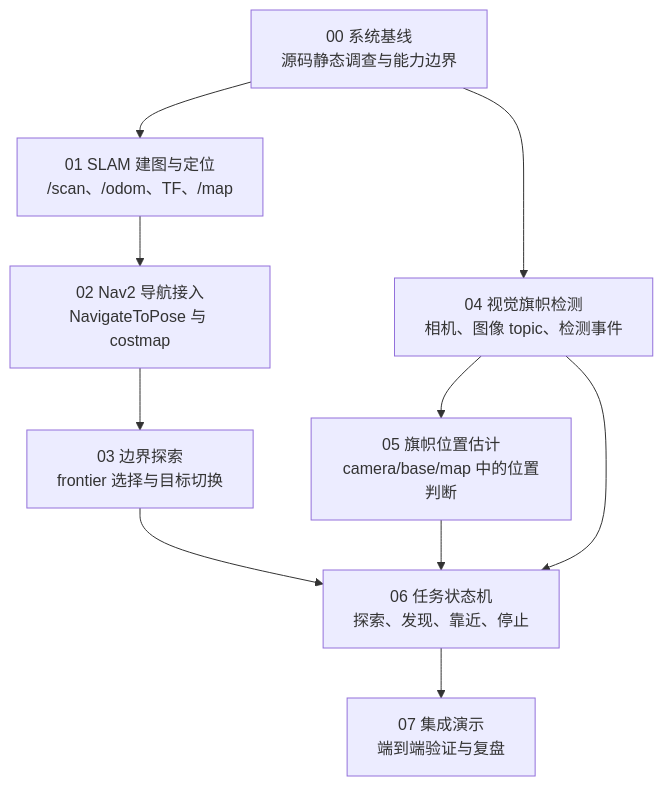
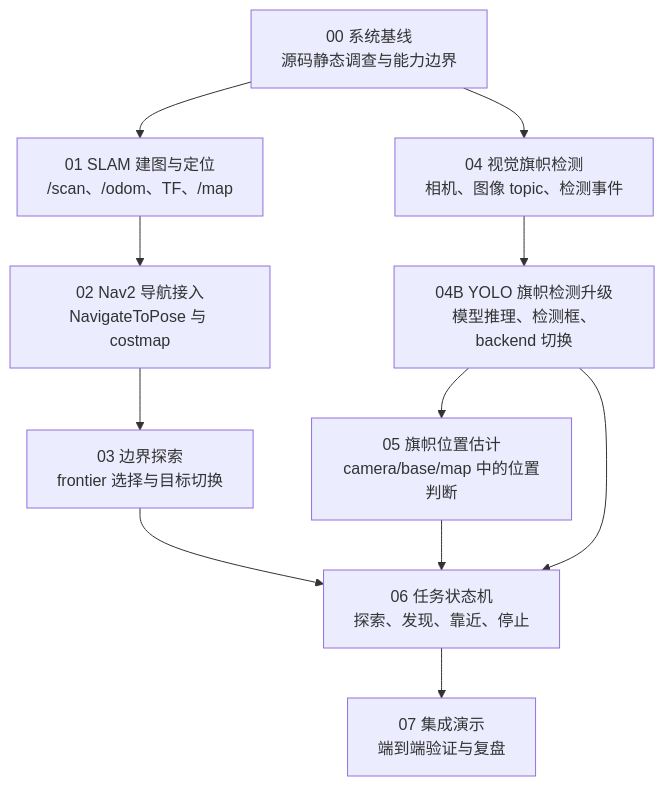
Before and after one commit to JeseKi/KiBotTwo: the diagram in docs/embodied-ai-roadmap/index.md, drawn with Mermaid. The commit also changed other lines of this file and 28 other files, not shown here.

````diff
--- a/docs/embodied-ai-roadmap/index.md
+++ b/docs/embodied-ai-roadmap/index.md
@@ -47,15 +53,16 @@
 ```mermaid
 flowchart TD
   P00["00 系统基线<br/>源码静态调查与能力边界"]
   P01["01 SLAM 建图与定位<br/>/scan、/odom、TF、/map"]
   P02["02 Nav2 导航接入<br/>NavigateToPose 与 costmap"]
   P03["03 边界探索<br/>frontier 选择与目标切换"]
   P04["04 视觉旗帜检测<br/>相机、图像 topic、检测事件"]
+  P04B["04B YOLO 旗帜检测升级<br/>模型推理、检测框、backend 切换"]
   P05["05 旗帜位置估计<br/>camera/base/map 中的位置判断"]
   P06["06 任务状态机<br/>探索、发现、靠近、停止"]
   P07["07 集成演示<br/>端到端验证与复盘"]
 
   P00 --> P01 --> P02 --> P03 --> P06 --> P07
-  P00 --> P04 --> P05 --> P06
-  P04 --> P06
+  P00 --> P04 --> P04B --> P05 --> P06
+  P04B --> P06
 ```
````
